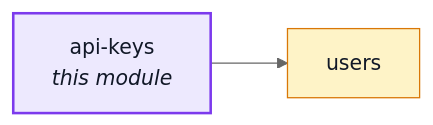
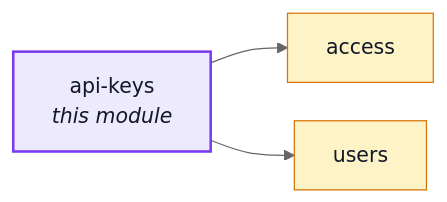
Before and after one commit to Guebbit/boilerplate-node-backend: the first of 2 diagrams in docs/modules/api-keys.md, drawn with Mermaid (neutral theme). The commit also changed 51 other files, not shown here.

````diff
--- a/docs/modules/api-keys.md
+++ b/docs/modules/api-keys.md
@@ -20,15 +20,17 @@
 ```mermaid
 %%{init: {'flowchart': {'nodeSpacing': 30, 'rankSpacing': 60}}}%%
 flowchart LR
     api_keys["api-keys<br/><i>this module</i>"]
+    access["access"]
     users["users"]
 
+    api_keys --> access
     api_keys --> users
 
     classDef core fill:#dbeafe,stroke:#2563eb,color:#111827;
     classDef supporting fill:#fef3c7,stroke:#d97706,color:#111827;
     classDef generic fill:#dcfce7,stroke:#16a34a,color:#111827;
     classDef centre fill:#ede9fe,stroke:#7c3aed,stroke-width:2px,color:#111827;
-    class users supporting;
+    class access,users supporting;
     class api_keys centre;
 ```
````
